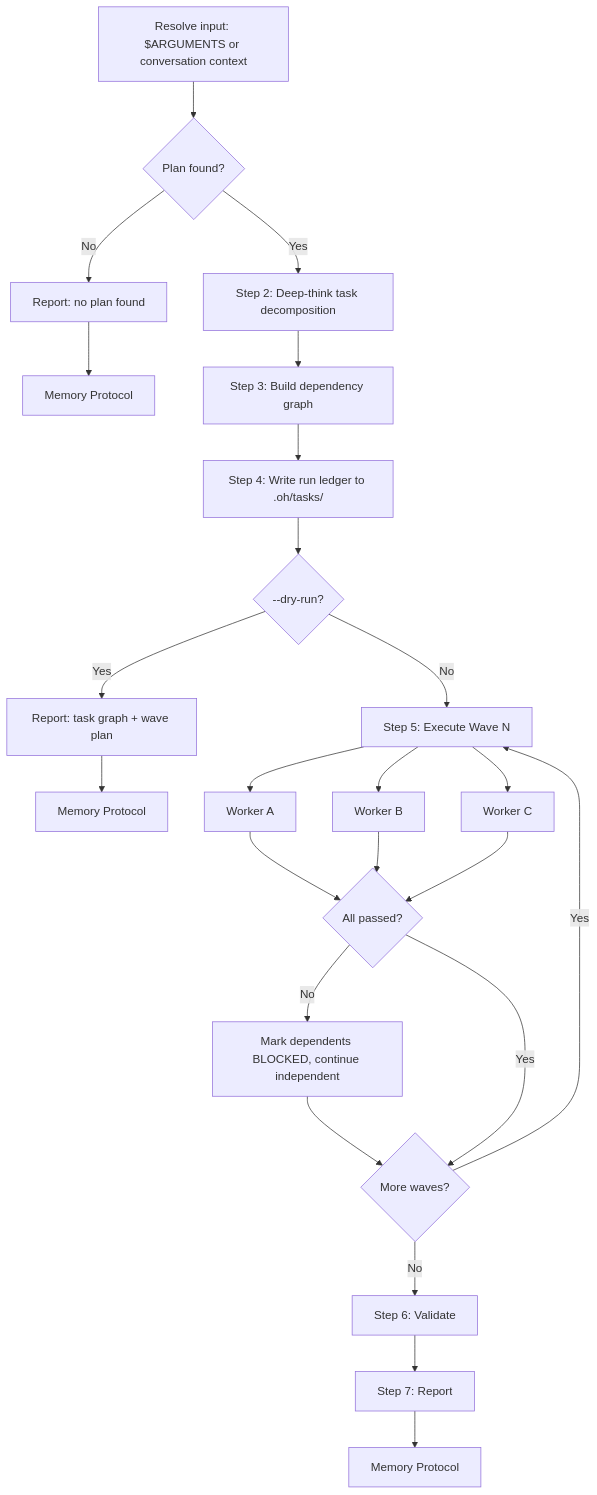
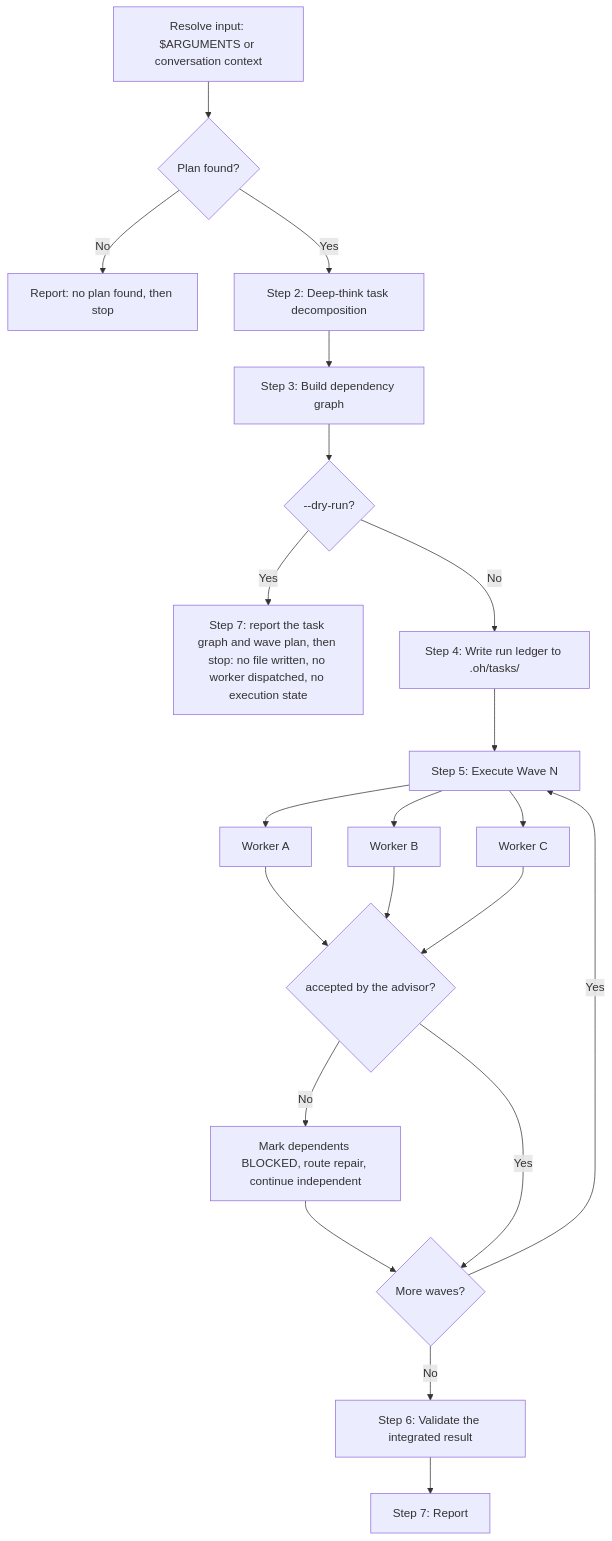
The diagram in .oh/skills/delegate/SKILL.md (ryaneggz/open-harness), drawn with Mermaid before and after one commit. The commit also changed other lines of this file and 2 other files, not shown here.

First line of the commit message:
skill(delegate): gate release on acceptance, size tasks usefully, reconcile resume

````diff
--- a/.oh/skills/delegate/SKILL.md
+++ b/.oh/skills/delegate/SKILL.md
@@ -121,26 +123,23 @@
 ```mermaid
 flowchart TD
     A["Resolve input: $ARGUMENTS or conversation context"] --> B{Plan found?}
-    B -->|No| FAIL["Report: no plan found"]
-    FAIL --> MEM_FAIL[Memory Protocol]
+    B -->|No| FAIL["Report: no plan found, then stop"]
 
     B -->|Yes| C["Step 2: Deep-think task decomposition"]
     C --> D["Step 3: Build dependency graph"]
-    D --> E["Step 4: Write run ledger to .oh/tasks/"]
-    E --> F{--dry-run?}
-    F -->|Yes| DRY["Report: task graph + wave plan"]
-    DRY --> MEM_DRY[Memory Protocol]
+    D --> F{--dry-run?}
+    F -->|Yes| DRY["Step 7: report the task graph and wave plan, then stop: no file written, no worker dispatched, no execution state"]
 
-    F -->|No| G["Step 5: Execute Wave N"]
+    F -->|No| E["Step 4: Write run ledger to .oh/tasks/"]
+    E --> G["Step 5: Execute Wave N"]
     G --> G1["Worker A"]
     G --> G2["Worker B"]
     G --> G3["Worker C"]
-    G1 & G2 & G3 --> H{All passed?}
-    H -->|No| I["Mark dependents BLOCKED, continue independent"]
+    G1 & G2 & G3 --> H{"accepted by the advisor?"}
+    H -->|No| I["Mark dependents BLOCKED, route repair, continue independent"]
     I --> J{More waves?}
     H -->|Yes| J
     J -->|Yes| G
-    J -->|No| K["Step 6: Validate"]
+    J -->|No| K["Step 6: Validate the integrated result"]
     K --> L["Step 7: Report"]
-    L --> MEM_OP[Memory Protocol]
 ```
````
